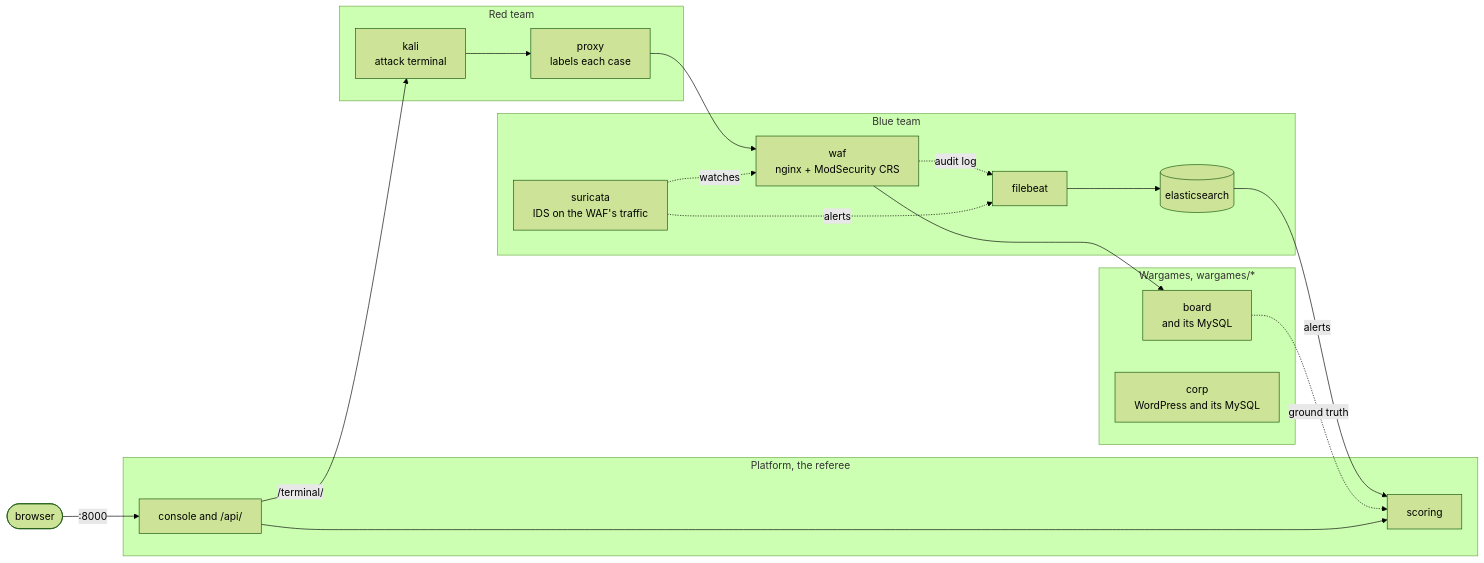
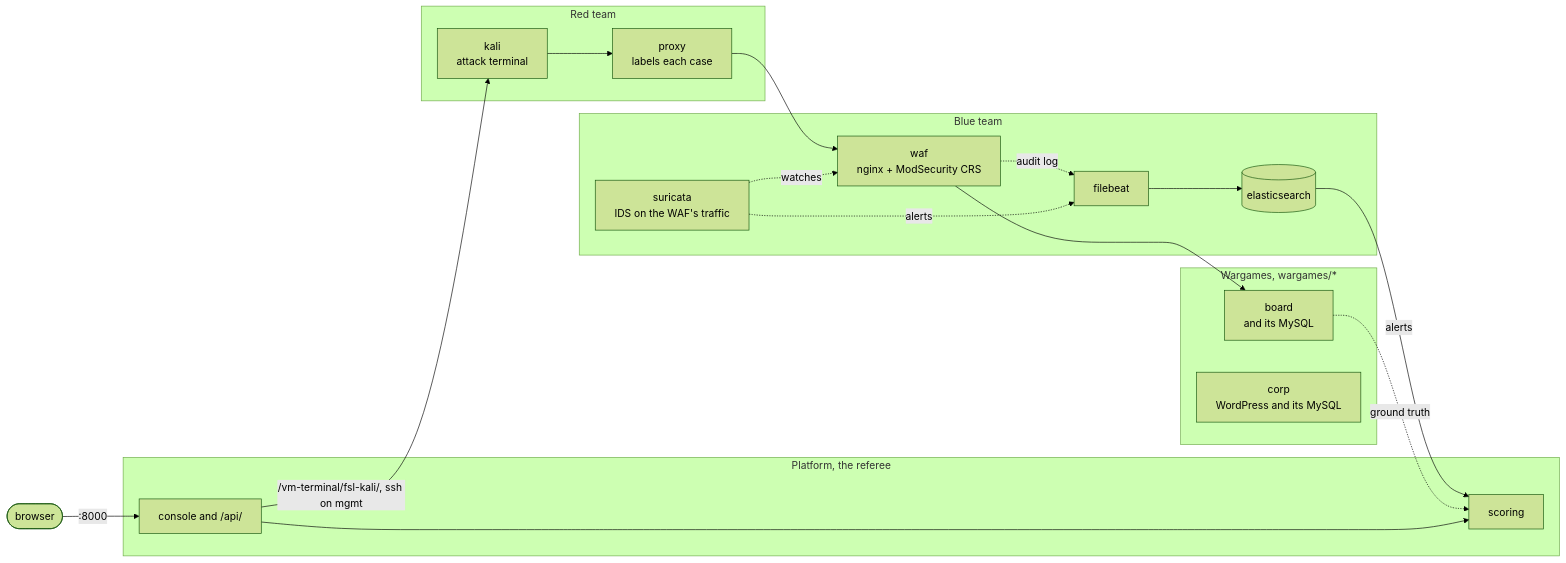
One commit to Nekonic/fsl-project-mvp changed the second of 2 diagrams in README.md. Above: the diagram before and after it, drawn with Mermaid (forest theme). The commit also changed other lines of this file and 12 other files, not shown here.

````diff
--- a/README.md
+++ b/README.md
@@ -62,39 +68,39 @@
 ```mermaid
 flowchart LR
   person(["browser"])
 
   subgraph red["Red team"]
     kali["kali<br/>attack terminal"]
     proxy["proxy<br/>labels each case"]
   end
 
   subgraph blue["Blue team"]
     waf["waf<br/>nginx + ModSecurity CRS"]
     suricata["suricata<br/>IDS on the WAF's traffic"]
     filebeat["filebeat"]
     es[("elasticsearch")]
   end
 
   subgraph wargames["Wargames, wargames/*"]
     board["board<br/>and its MySQL"]
     corp["corp<br/>WordPress and its MySQL"]
   end
 
   subgraph platform["Platform, the referee"]
     console["console and /api/"]
     scoring["scoring"]
   end
 
   person -->|":8000"| console
-  console -->|"/terminal/"| kali
+  console -->|"/vm-terminal/fsl-kali/, ssh on mgmt"| kali
   kali --> proxy
   proxy --> waf
   waf --> board
   suricata -.->|watches| waf
   waf -.->|audit log| filebeat
   suricata -.->|alerts| filebeat
   filebeat --> es
   es -->|alerts| scoring
   board -.->|ground truth| scoring
   console --> scoring
 ```
````
